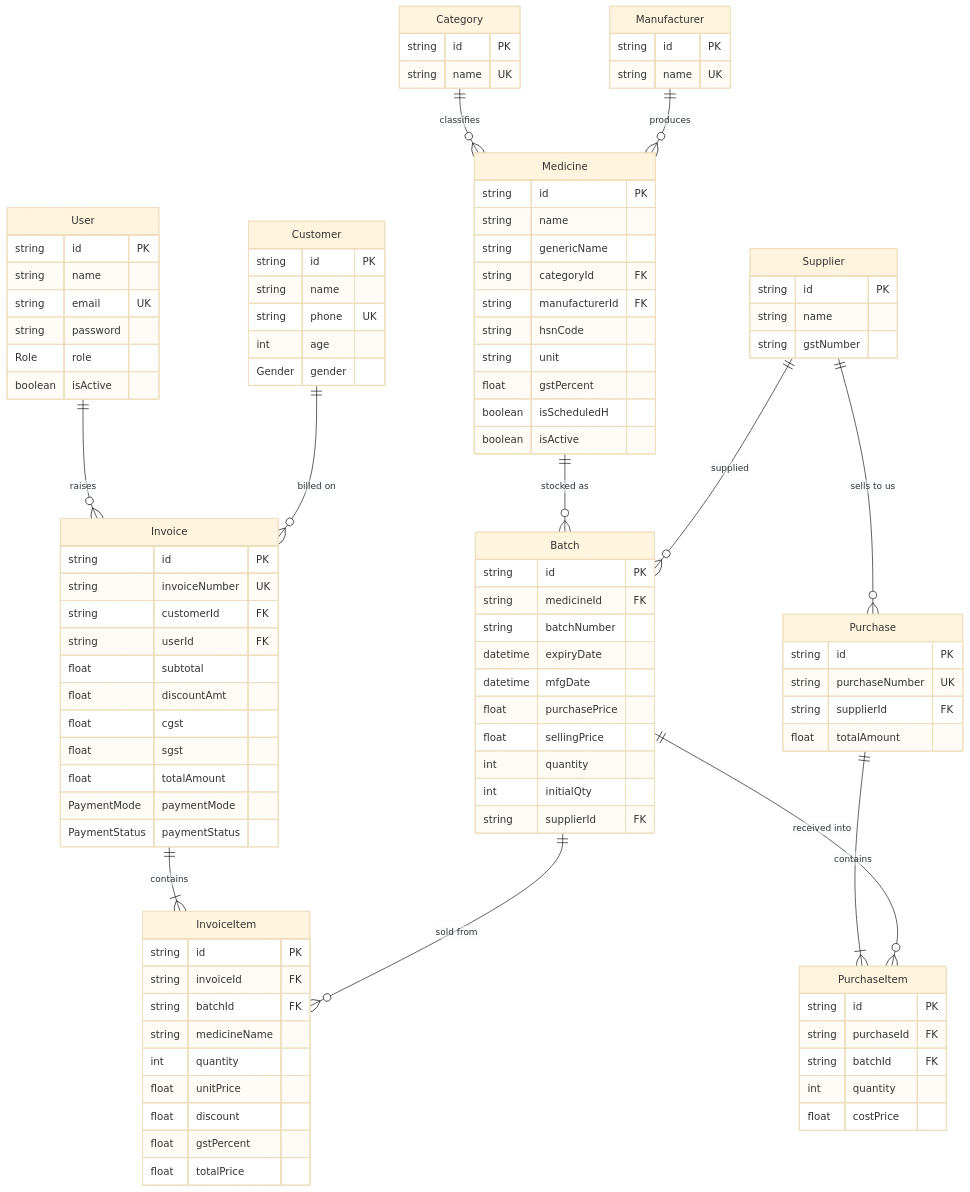
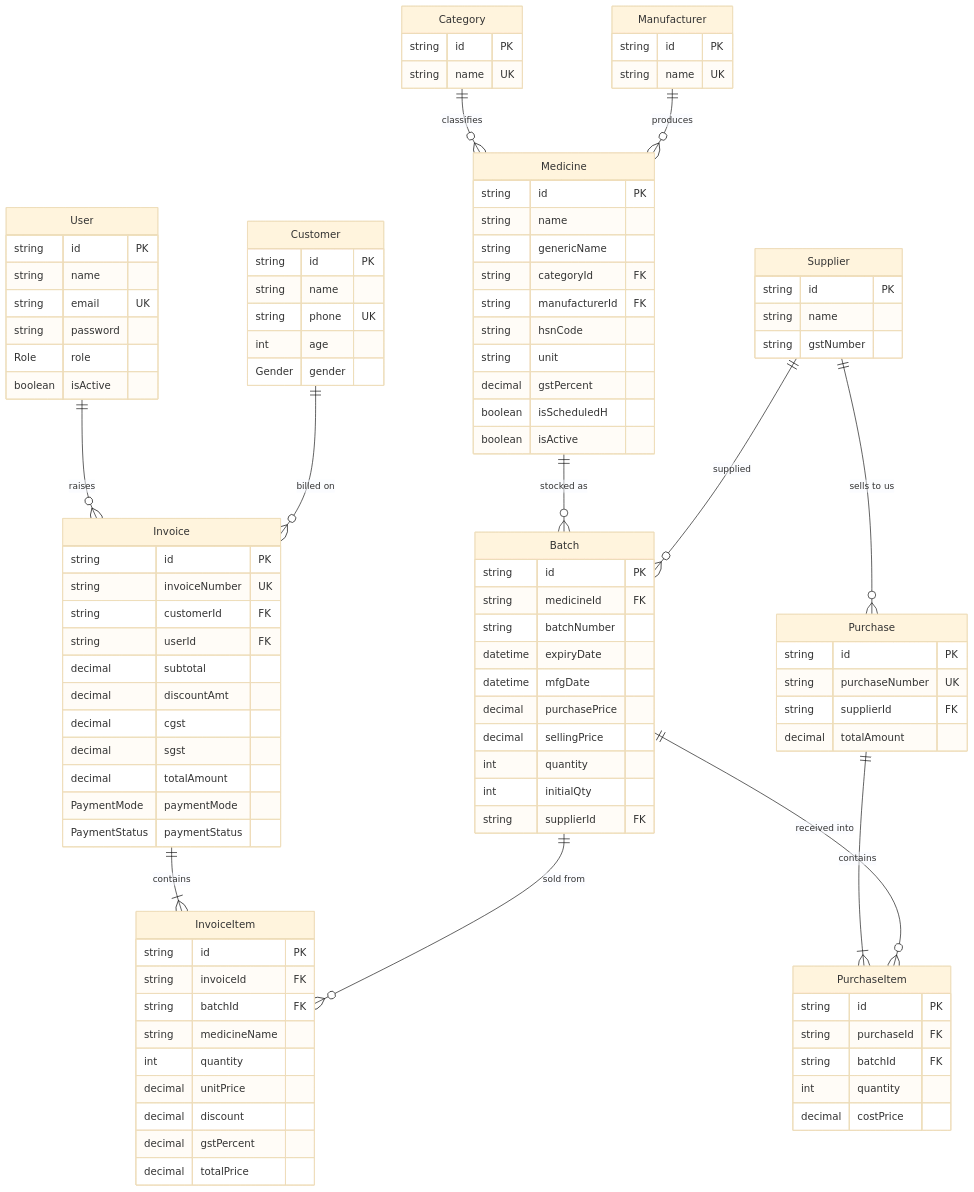
One commit to adarsh0707-kumar/medical-billing changed the diagram in docs/03-data-model.md. Above: the diagram before and after it, drawn with Mermaid (base theme). The commit also changed 17 other files, not shown here.

````diff
--- a/docs/03-data-model.md
+++ b/docs/03-data-model.md
@@ -46,7 +46,7 @@
         string manufacturerId FK
         string hsnCode
         string unit
-        float gstPercent
+        decimal gstPercent
         boolean isScheduledH
         boolean isActive
     }
@@ -56,8 +56,8 @@
         string batchNumber
         datetime expiryDate
         datetime mfgDate
-        float purchasePrice
-        float sellingPrice
+        decimal purchasePrice
+        decimal sellingPrice
         int quantity
         int initialQty
         string supplierId FK
@@ -79,11 +79,11 @@
         string invoiceNumber UK
         string customerId FK
         string userId FK
-        float subtotal
-        float discountAmt
-        float cgst
-        float sgst
-        float totalAmount
+        decimal subtotal
+        decimal discountAmt
+        decimal cgst
+        decimal sgst
+        decimal totalAmount
         PaymentMode paymentMode
         PaymentStatus paymentStatus
     }
@@ -93,22 +93,22 @@
         string batchId FK
         string medicineName
         int quantity
-        float unitPrice
-        float discount
-        float gstPercent
-        float totalPrice
+        decimal unitPrice
+        decimal discount
+        decimal gstPercent
+        decimal totalPrice
     }
     Purchase {
         string id PK
         string purchaseNumber UK
         string supplierId FK
-        float totalAmount
+        decimal totalAmount
     }
     PurchaseItem {
         string id PK
         string purchaseId FK
         string batchId FK
         int quantity
-        float costPrice
+        decimal costPrice
     }
 ```
````
